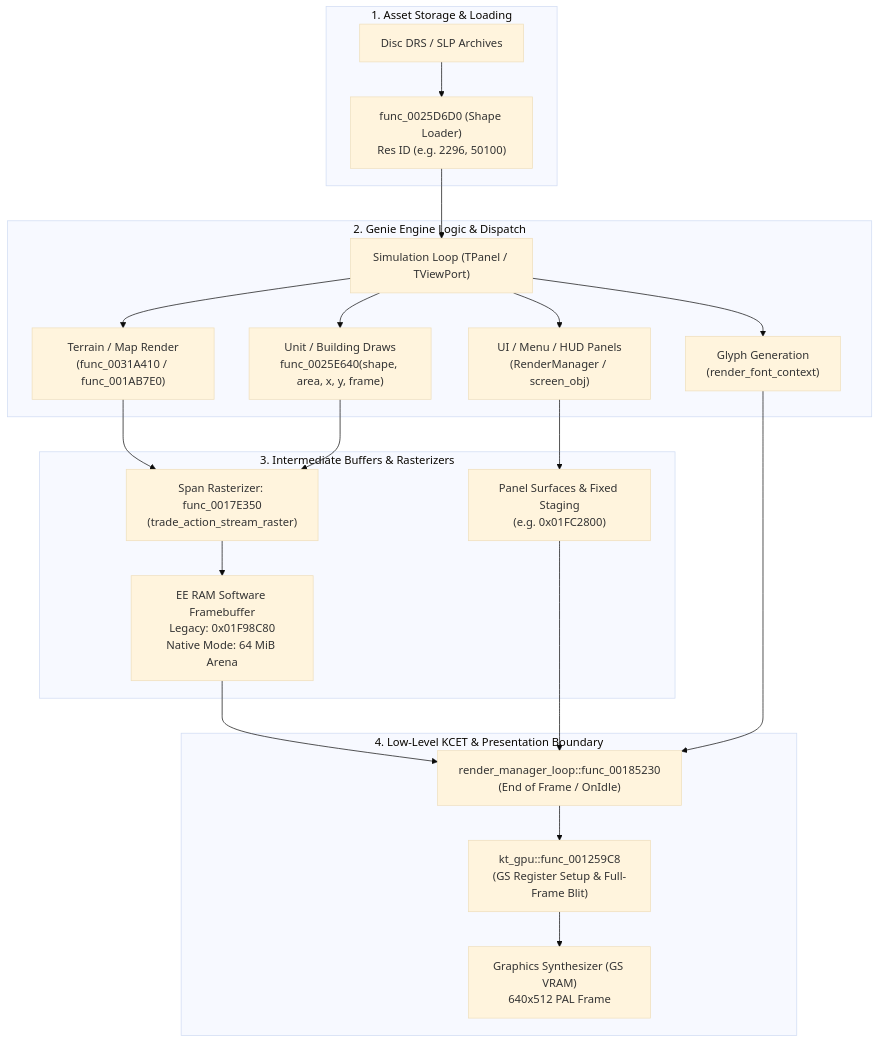
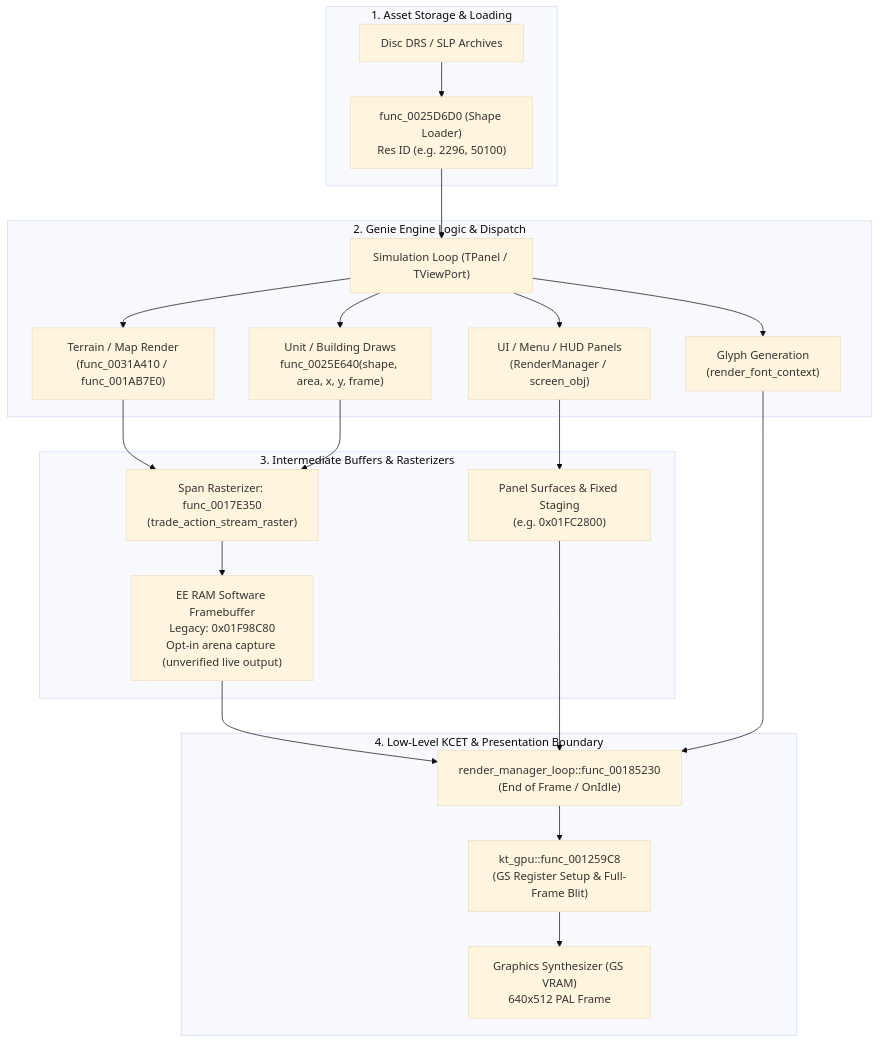
Before and after one commit to samuelcaldas/aoe2-ps2-recomp: the diagram in docs/sot/high-level-draw-seams.md, drawn with Mermaid (base theme). The commit also changed other lines of this file and 9 other files, not shown here.

````diff
--- a/docs/sot/high-level-draw-seams.md
+++ b/docs/sot/high-level-draw-seams.md
@@ -58,47 +67,47 @@
 ```mermaid
 flowchart TD
     subgraph Assets ["1. Asset Storage & Loading"]
         DRS["Disc DRS / SLP Archives"]
         ResLoader["func_0025D6D0 (Shape Loader)<br/>Res ID (e.g. 2296, 50100)"]
         DRS --> ResLoader
     end
 
     subgraph Simulation ["2. Genie Engine Logic & Dispatch"]
         Engine["Simulation Loop (TPanel / TViewPort)"]
         ResLoader --> Engine
 
         PlayfieldDispatch["Terrain / Map Render<br/>(func_0031A410 / func_001AB7E0)"]
         SpriteDispatch["Unit / Building Draws<br/>func_0025E640(shape, area, x, y, frame)"]
         UIDispatch["UI / Menu / HUD Panels<br/>(RenderManager / screen_obj)"]
         FontDispatch["Glyph Generation<br/>(render_font_context)"]
 
         Engine --> PlayfieldDispatch
         Engine --> SpriteDispatch
         Engine --> UIDispatch
         Engine --> FontDispatch
     end
 
     subgraph Rasterization ["3. Intermediate Buffers & Rasterizers"]
         SpanRaster["Span Rasterizer: func_0017E350<br/>(trade_action_stream_raster)"]
-        RAMBuffer["EE RAM Software Framebuffer<br/>Legacy: 0x01F98C80<br/>Native Mode: 64 MiB Arena"]
+        RAMBuffer["EE RAM Software Framebuffer<br/>Legacy: 0x01F98C80<br/>Opt-in arena capture (unverified live output)"]
 
         PlayfieldDispatch --> SpanRaster
         SpriteDispatch --> SpanRaster
         SpanRaster --> RAMBuffer
 
         UIRAM["Panel Surfaces & Fixed Staging<br/>(e.g. 0x01FC2800)"]
         UIDispatch --> UIRAM
     end
 
     subgraph Presentation ["4. Low-Level KCET & Presentation Boundary"]
         Loop["render_manager_loop::func_00185230<br/>(End of Frame / OnIdle)"]
         KTGPU["kt_gpu::func_001259C8<br/>(GS Register Setup & Full-Frame Blit)"]
         GS["Graphics Synthesizer (GS VRAM)<br/>640x512 PAL Frame"]
 
         RAMBuffer --> Loop
         UIRAM --> Loop
         FontDispatch --> Loop
         Loop --> KTGPU
         KTGPU --> GS
     end
 ```
````
